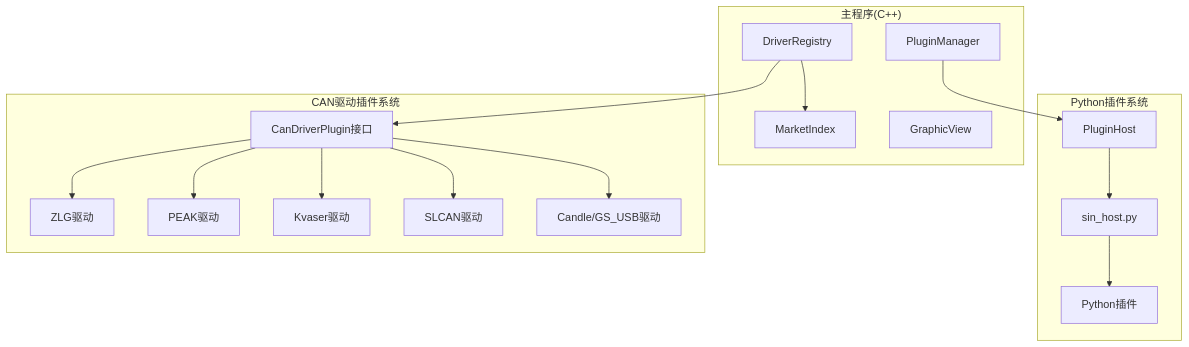
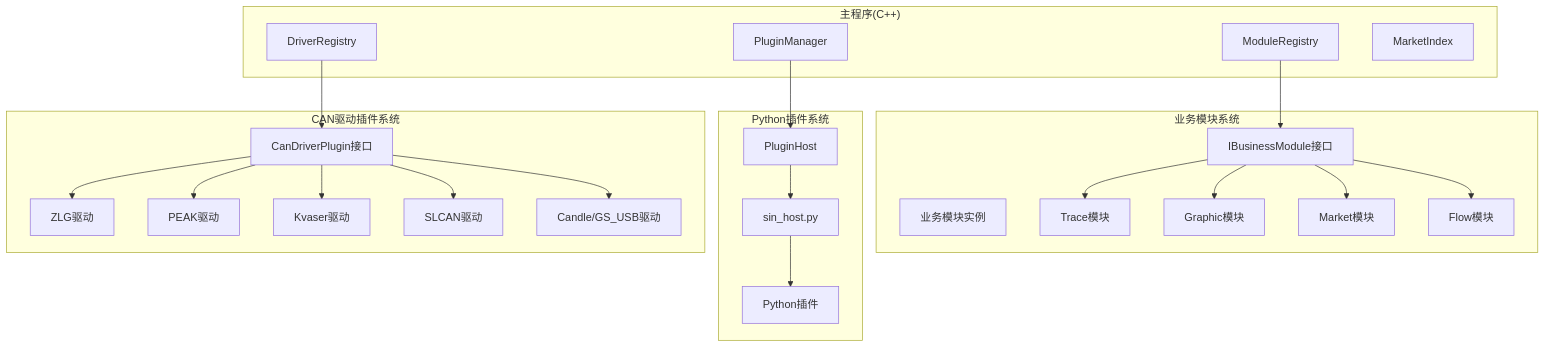
The first of 3 diagrams in .qoder/repowiki/zh/content/架构设计/插件系统架构/插件系统架构.md (jakecai1225-design/OpenBus), drawn with Mermaid before and after one commit. The commit also changed other lines of this file and 177 other files, not shown here.

````diff
--- a/.qoder/repowiki/zh/content/架构设计/插件系统架构/插件系统架构.md
+++ b/.qoder/repowiki/zh/content/架构设计/插件系统架构/插件系统架构.md
@@ -69,32 +77,44 @@
 ```mermaid
 graph TB
 subgraph "主程序(C++)"
 PM["PluginManager"]
 DR["DriverRegistry"]
+MR["ModuleRegistry"]
 MI["MarketIndex"]
-GV["GraphicView"]
+end
+subgraph "业务模块系统"
+IM["IBusinessModule接口"]
+BM["业务模块实例"]
+TM["Trace模块"]
+GM["Graphic模块"]
+MM["Market模块"]
+FM["Flow模块"]
 end
 subgraph "Python插件系统"
 PH["PluginHost"]
 SH["sin_host.py"]
 PLUGINS["Python插件"]
 end
 subgraph "CAN驱动插件系统"
 CDP["CanDriverPlugin接口"]
 ZLG["ZLG驱动"]
 PEAK["PEAK驱动"]
 KVASER["Kvaser驱动"]
 SLCAN["SLCAN驱动"]
 CANDLE["Candle/GS_USB驱动"]
 end
 PM --> PH
 PH --> SH
 SH --> PLUGINS
 DR --> CDP
 CDP --> ZLG
 CDP --> PEAK
 CDP --> KVASER
 CDP --> SLCAN
 CDP --> CANDLE
-DR --> MI
+MR --> IM
+IM --> TM
+IM --> GM
+IM --> MM
+IM --> FM
 ```
````
